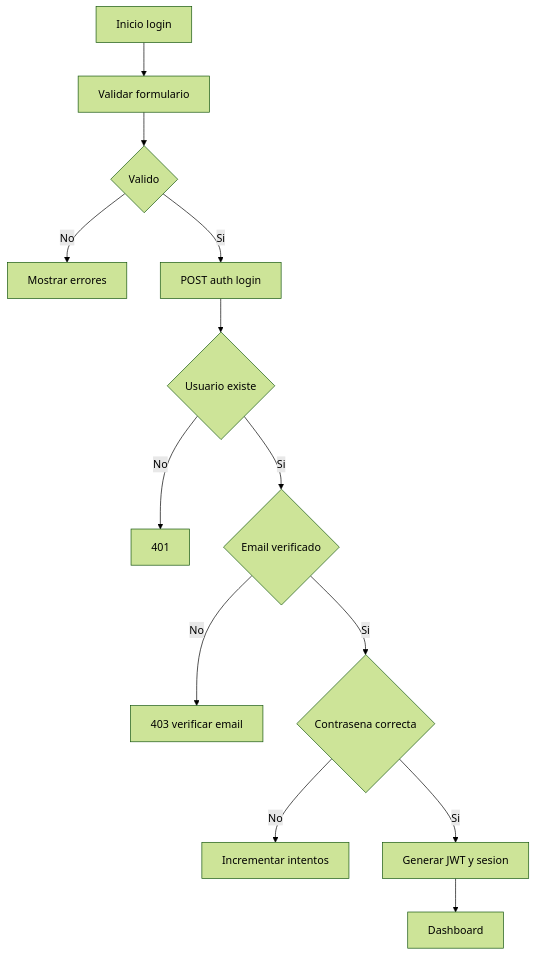
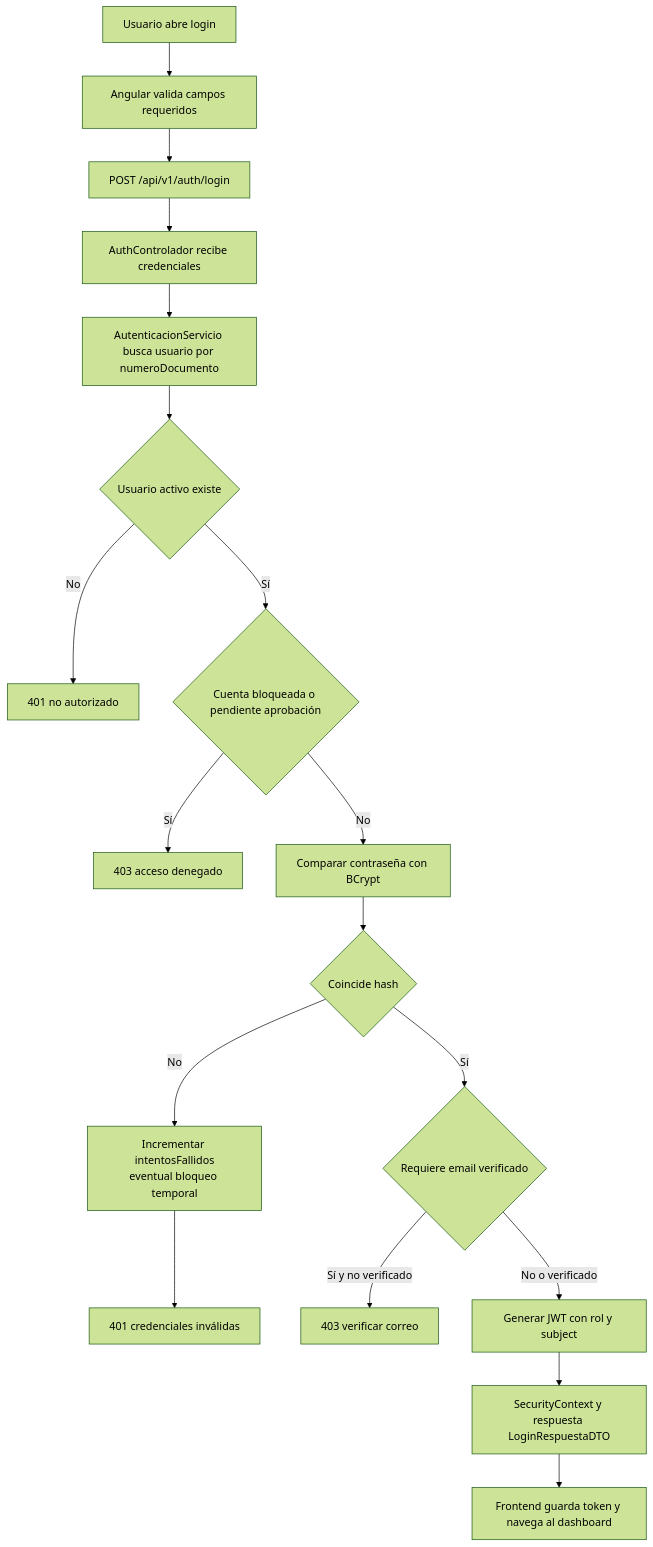
The sixth of 11 diagrams in docs/sigea-diagramas-fuentes.md (camilo146/SIGEA), drawn with Mermaid (forest theme) before and after one commit. The commit also changed other lines of this file and 20 other files, not shown here.

````diff
--- a/docs/sigea-diagramas-fuentes.md
+++ b/docs/sigea-diagramas-fuentes.md
@@ -193,15 +459,20 @@
 ```mermaid
 flowchart TD
-    A[Inicio login] --> B[Validar formulario]
-    B --> C{Valido}
-    C -->|No| D[Mostrar errores]
-    C -->|Si| E[POST auth login]
-    E --> F{Usuario existe}
-    F -->|No| G[401]
-    F -->|Si| H{Email verificado}
-    H -->|No| I[403 verificar email]
-    H -->|Si| J{Contrasena correcta}
-    J -->|No| K[Incrementar intentos]
-    J -->|Si| L[Generar JWT y sesion]
-    L --> M[Dashboard]
+    A[Usuario abre login] --> B[Angular valida campos requeridos]
+    B --> C[POST /api/v1/auth/login]
+    C --> D[AuthControlador recibe credenciales]
+    D --> E[AutenticacionServicio busca usuario por numeroDocumento]
+    E --> F{Usuario activo existe}
+    F -->|No| G[401 no autorizado]
+    F -->|Sí| H{Cuenta bloqueada o pendiente aprobación}
+    H -->|Sí| I[403 acceso denegado]
+    H -->|No| J[Comparar contraseña con BCrypt]
+    J --> K{Coincide hash}
+    K -->|No| L[Incrementar intentosFallidos<br/>eventual bloqueo temporal]
+    L --> M[401 credenciales inválidas]
+    K -->|Sí| N{Requiere email verificado}
+    N -->|Sí y no verificado| O[403 verificar correo]
+    N -->|No o verificado| P[Generar JWT con rol y subject]
+    P --> Q[SecurityContext y respuesta LoginRespuestaDTO]
+    Q --> R[Frontend guarda token y navega al dashboard]
 ```
````
